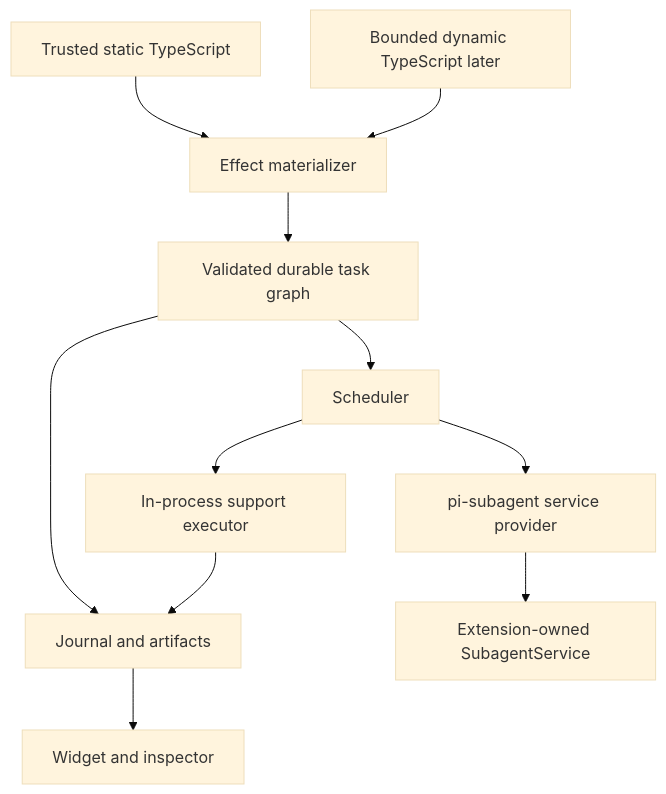
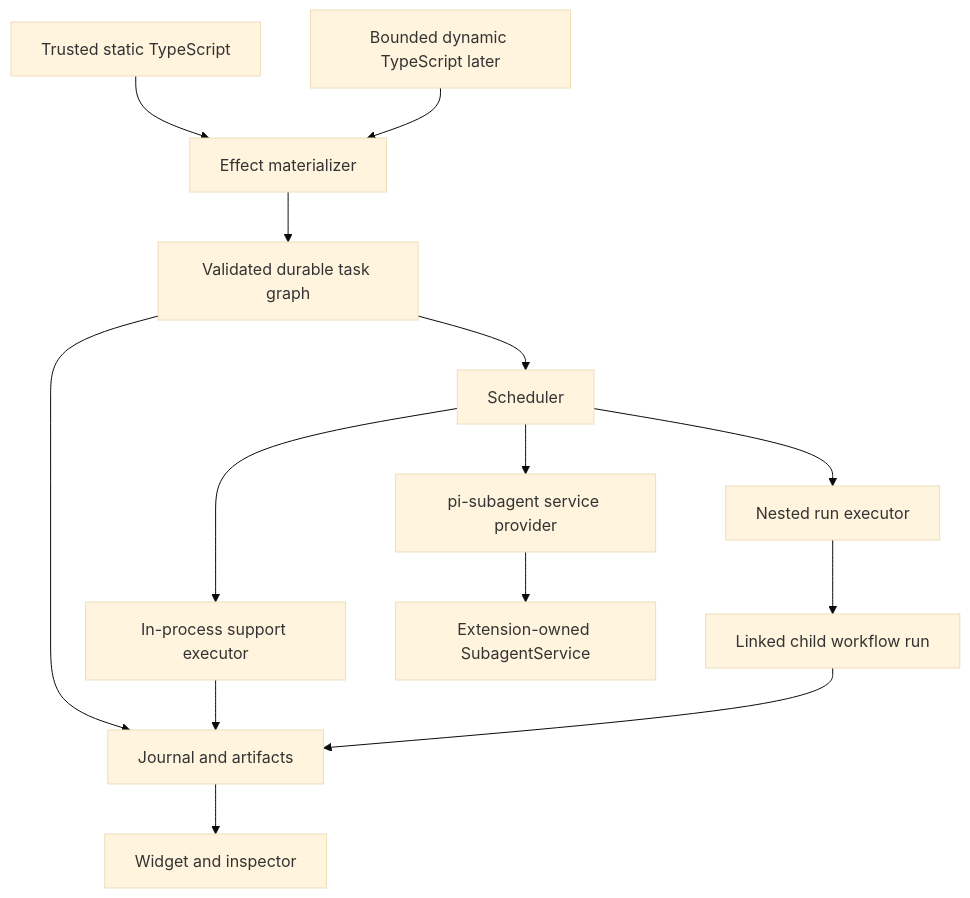
One commit to vegardx/pi-workflow changed the diagram in docs/architecture.md. Above: the diagram before and after it, drawn with Mermaid (base theme). The commit also changed other lines of this file and 10 other files, not shown here.

````diff
--- a/docs/architecture.md
+++ b/docs/architecture.md
@@ -8,24 +8,29 @@
 ```mermaid
 graph TD
     Static[Trusted static TypeScript]
     Dynamic[Bounded dynamic TypeScript later]
     Materializer[Effect materializer]
     Graph[Validated durable task graph]
     Scheduler[Scheduler]
     Journal[Journal and artifacts]
     Support[In-process support executor]
+    Nested[Nested run executor]
+    Child[Linked child workflow run]
     Broker[pi-subagent service provider]
     Service[Extension-owned SubagentService]
     UI[Widget and inspector]
 
     Static --> Materializer
     Dynamic --> Materializer
     Materializer --> Graph
     Graph --> Journal
     Graph --> Scheduler
     Scheduler --> Broker
     Scheduler --> Support
+    Scheduler --> Nested
     Support --> Journal
+    Nested --> Child
+    Child --> Journal
     Broker --> Service
     Journal --> UI
 ```
````
